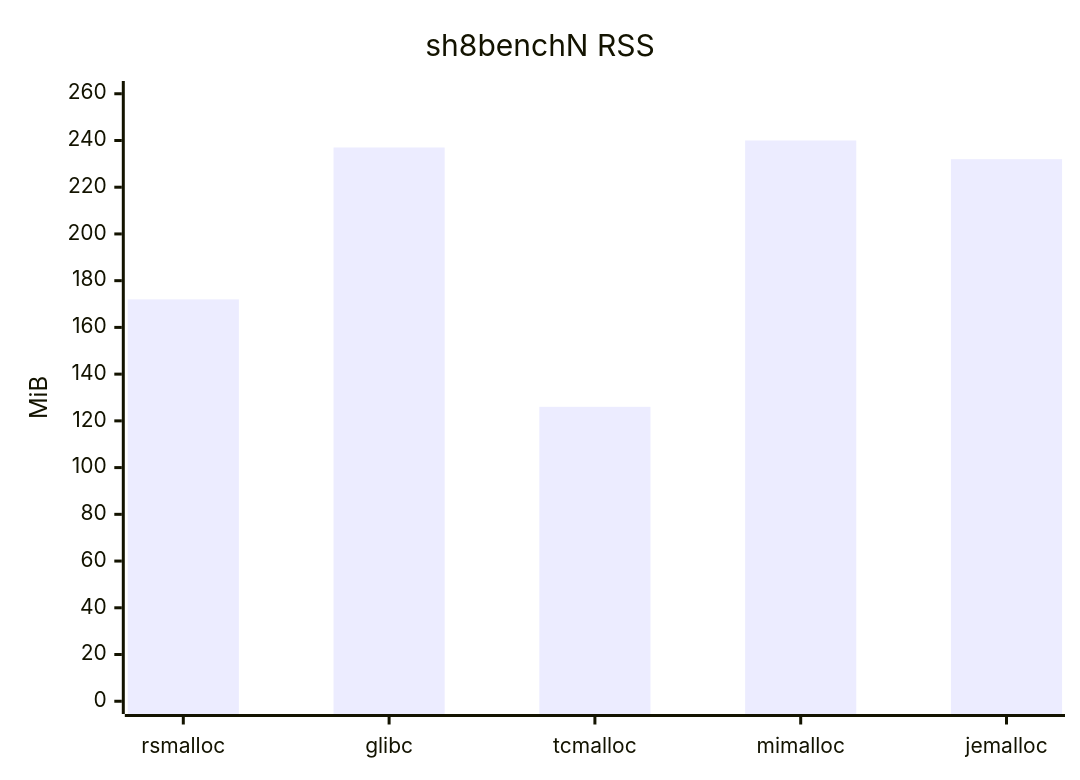
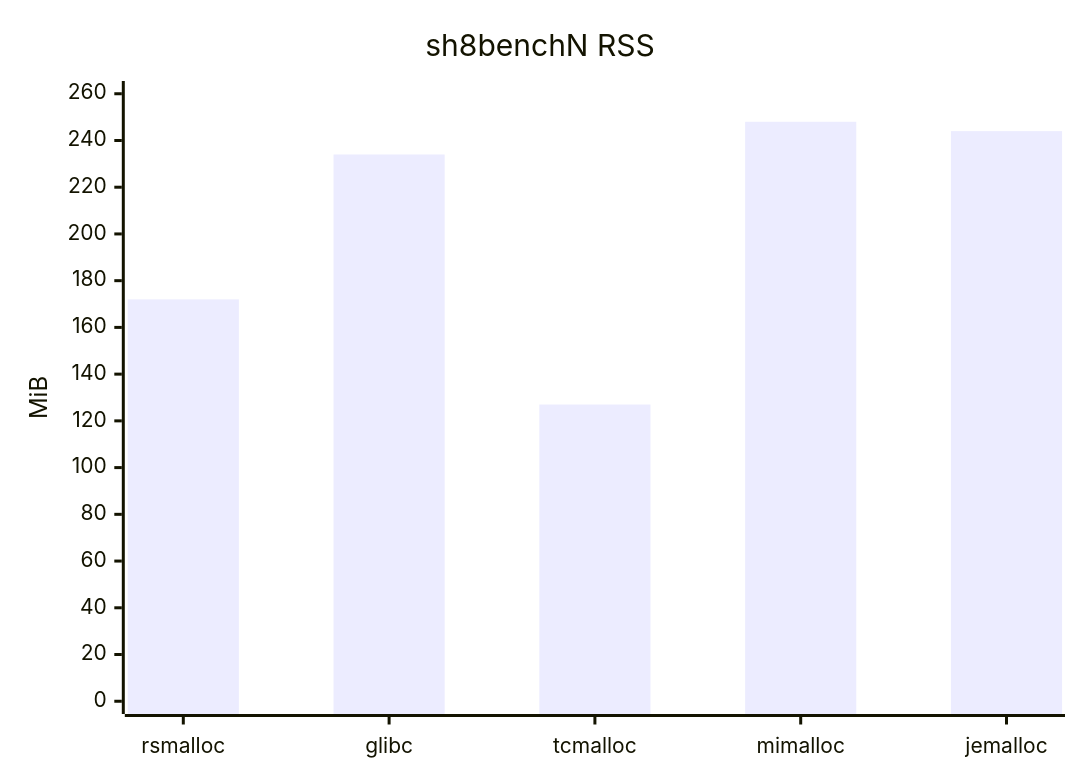
One commit to Metehan120/rsmalloc changed the eighth of 8 diagrams in benchmarks/benchmarks.md. Above: the diagram before and after it, drawn with Mermaid. The commit also changed other lines of this file and 3 other files, not shown here.

````diff
--- a/benchmarks/benchmarks.md
+++ b/benchmarks/benchmarks.md
@@ -140,7 +140,7 @@
 ```mermaid
 xychart-beta
     title "sh8benchN RSS"
     x-axis [rsmalloc, glibc, tcmalloc, mimalloc, jemalloc]
     y-axis "MiB" 0 --> 260
-    bar [172, 237, 126, 240, 232]
+    bar [172, 234, 127, 248, 244]
 ```
````
